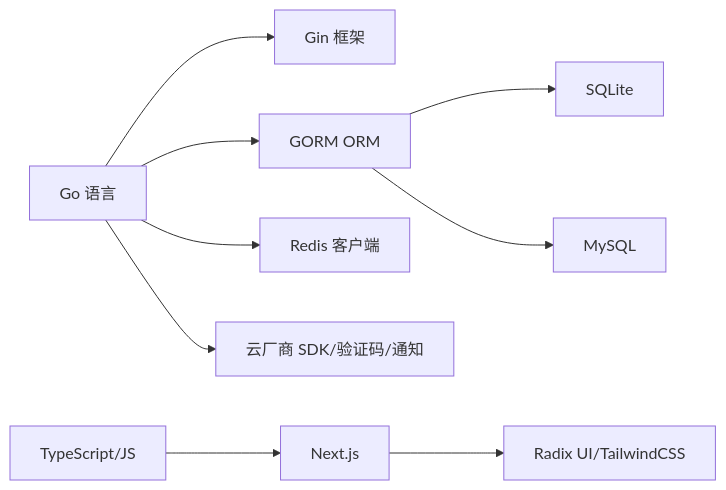
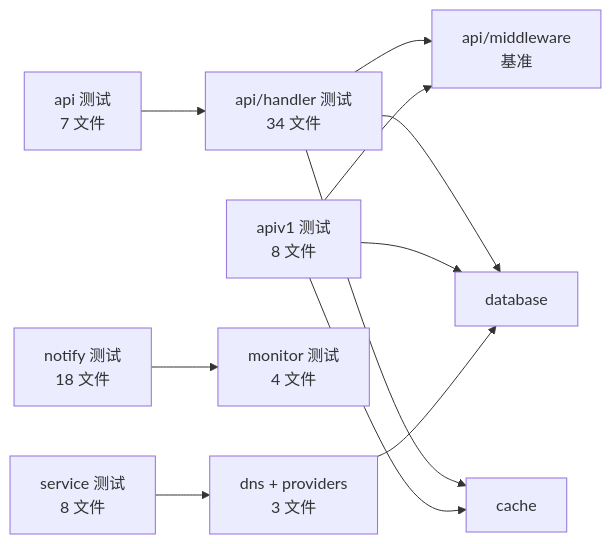
Before and after one commit to x01n/dnsplane: the fourth of 4 diagrams in docs/扩展开发/扩展测试与验证.md, drawn with Mermaid. The commit also changed other lines of this file and 326 other files, not shown here.

````diff
--- a/docs/扩展开发/扩展测试与验证.md
+++ b/docs/扩展开发/扩展测试与验证.md
@@ -243,11 +530,23 @@
 ```mermaid
 graph LR
-Go["Go 语言"] --> Gin["Gin 框架"]
-Go --> GORM["GORM ORM"]
-GORM --> SQLite["SQLite"]
-GORM --> MySQL["MySQL"]
-Go --> Redis["Redis 客户端"]
-Go --> Ext["云厂商 SDK/验证码/通知"]
-JS["TypeScript/JS"] --> Next["Next.js"]
-Next --> UI["Radix UI/TailwindCSS"]
+H["api/handler 测试<br/>34 文件"]
+A["api 测试<br/>7 文件"]
+V1["apiv1 测试<br/>8 文件"]
+S["service 测试<br/>8 文件"]
+N["notify 测试<br/>18 文件"]
+M["monitor 测试<br/>4 文件"]
+D["dns + providers<br/>3 文件"]
+MW["api/middleware<br/>基准"]
+DB["database"]
+CF["cache"]
+H --> MW
+H --> DB
+H --> CF
+V1 --> MW
+V1 --> DB
+V1 --> CF
+S --> D
+N --> M
+A --> H
+D --> DB
 ```
````
